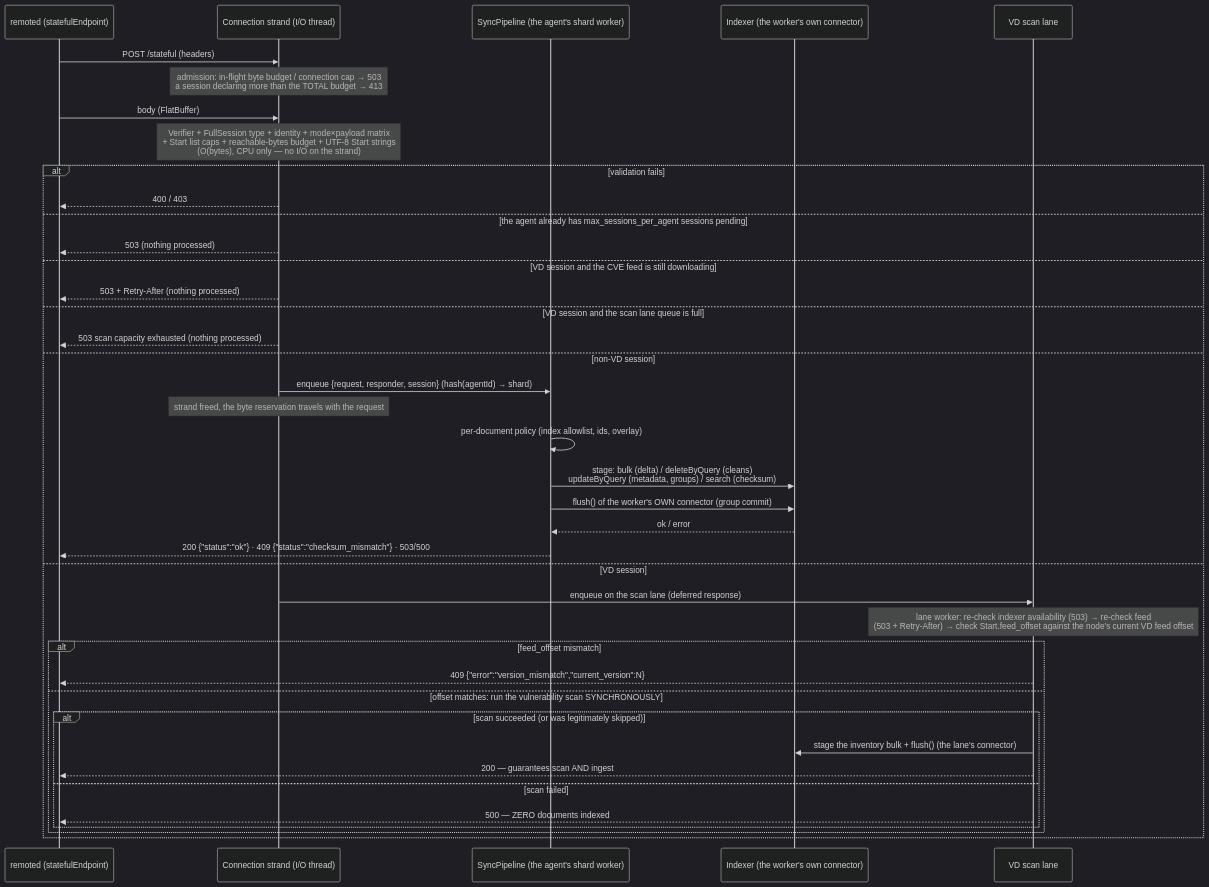
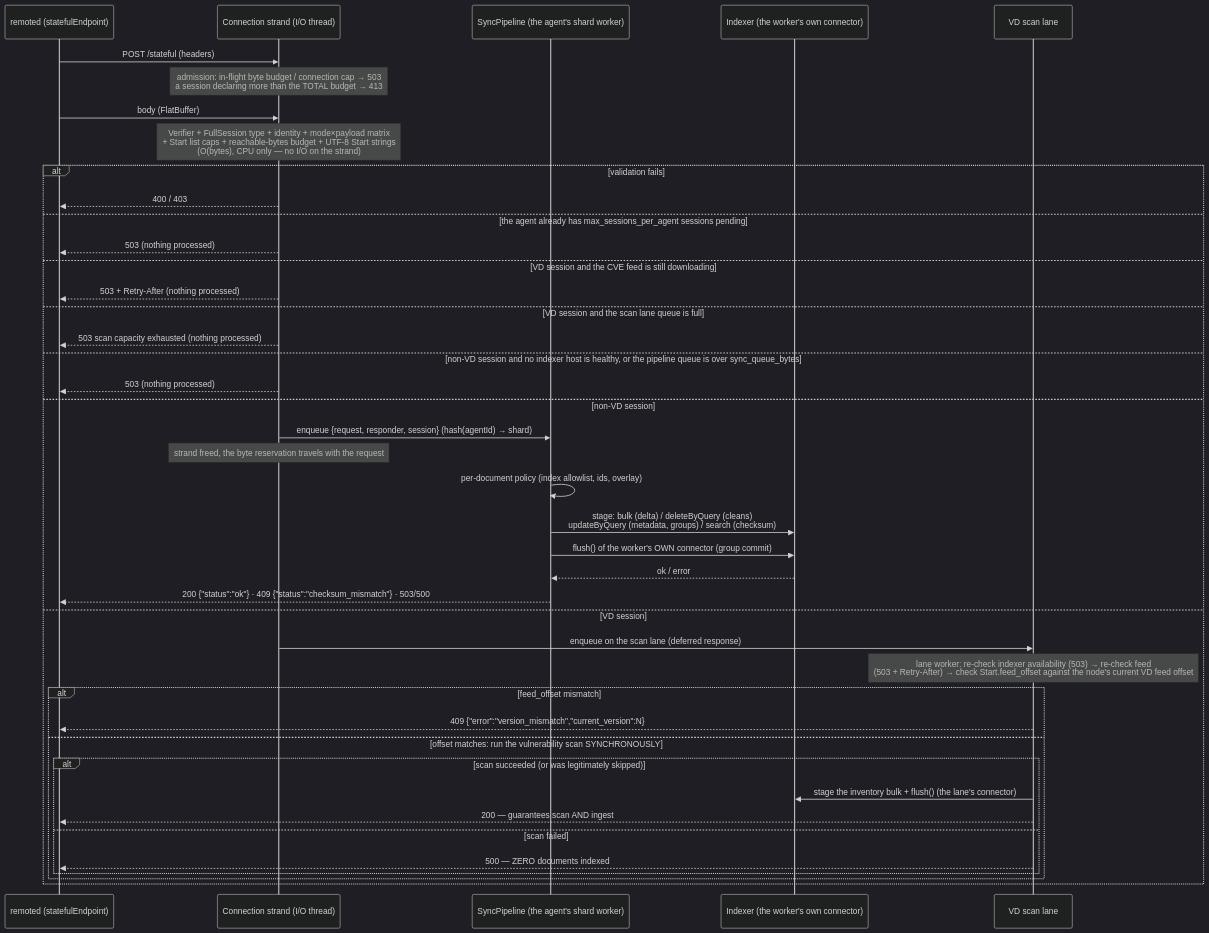
The second of 4 diagrams in docs/ref/modules/inventory-sync-server/architecture.md (wazuh/wazuh), drawn with Mermaid (dark theme) before and after one commit. The commit also changed other lines of this file and 147 other files, not shown here.

````diff
--- a/docs/ref/modules/inventory-sync-server/architecture.md
+++ b/docs/ref/modules/inventory-sync-server/architecture.md
@@ -58,42 +58,44 @@
 ```mermaid
 sequenceDiagram
     participant R as remoted (statefulEndpoint)
     participant S as Connection strand (I/O thread)
     participant Q as SyncPipeline (the agent's shard worker)
     participant IDX as Indexer (the worker's own connector)
     participant VQ as VD scan lane
     R->>S: POST /stateful (headers)
     Note over S: admission: in-flight byte budget / connection cap → 503<br/>a session declaring more than the TOTAL budget → 413
     R->>S: body (FlatBuffer)
     Note over S: Verifier + FullSession type + identity + mode×payload matrix<br/>+ Start list caps + reachable-bytes budget + UTF-8 Start strings<br/>(O(bytes), CPU only — no I/O on the strand)
     alt validation fails
         S-->>R: 400 / 403
     else the agent already has max_sessions_per_agent sessions pending
         S-->>R: 503 (nothing processed)
     else VD session and the CVE feed is still downloading
         S-->>R: 503 + Retry-After (nothing processed)
     else VD session and the scan lane queue is full
         S-->>R: 503 scan capacity exhausted (nothing processed)
+    else non-VD session and no indexer host is healthy, or the pipeline queue is over sync_queue_bytes
+        S-->>R: 503 (nothing processed)
     else non-VD session
         S->>Q: enqueue {request, responder, session} (hash(agentId) → shard)
         Note over S: strand freed, the byte reservation travels with the request
         Q->>Q: per-document policy (index allowlist, ids, overlay)
         Q->>IDX: stage: bulk (delta) / deleteByQuery (cleans)<br/>updateByQuery (metadata, groups) / search (checksum)
         Q->>IDX: flush() of the worker's OWN connector (group commit)
         IDX-->>Q: ok / error
         Q-->>R: 200 {"status":"ok"} · 409 {"status":"checksum_mismatch"} · 503/500
     else VD session
         S->>VQ: enqueue on the scan lane (deferred response)
         Note over VQ: lane worker: re-check indexer availability (503) → re-check feed<br/>(503 + Retry-After) → check Start.feed_offset against the node's current VD feed offset
         alt feed_offset mismatch
             VQ-->>R: 409 {"error":"version_mismatch","current_version":N}
         else offset matches: run the vulnerability scan SYNCHRONOUSLY
             alt scan succeeded (or was legitimately skipped)
                 VQ->>IDX: stage the inventory bulk + flush() (the lane's connector)
                 VQ-->>R: 200 — guarantees scan AND ingest
             else scan failed
                 VQ-->>R: 500 — ZERO documents indexed
             end
         end
     end
 ```
````
